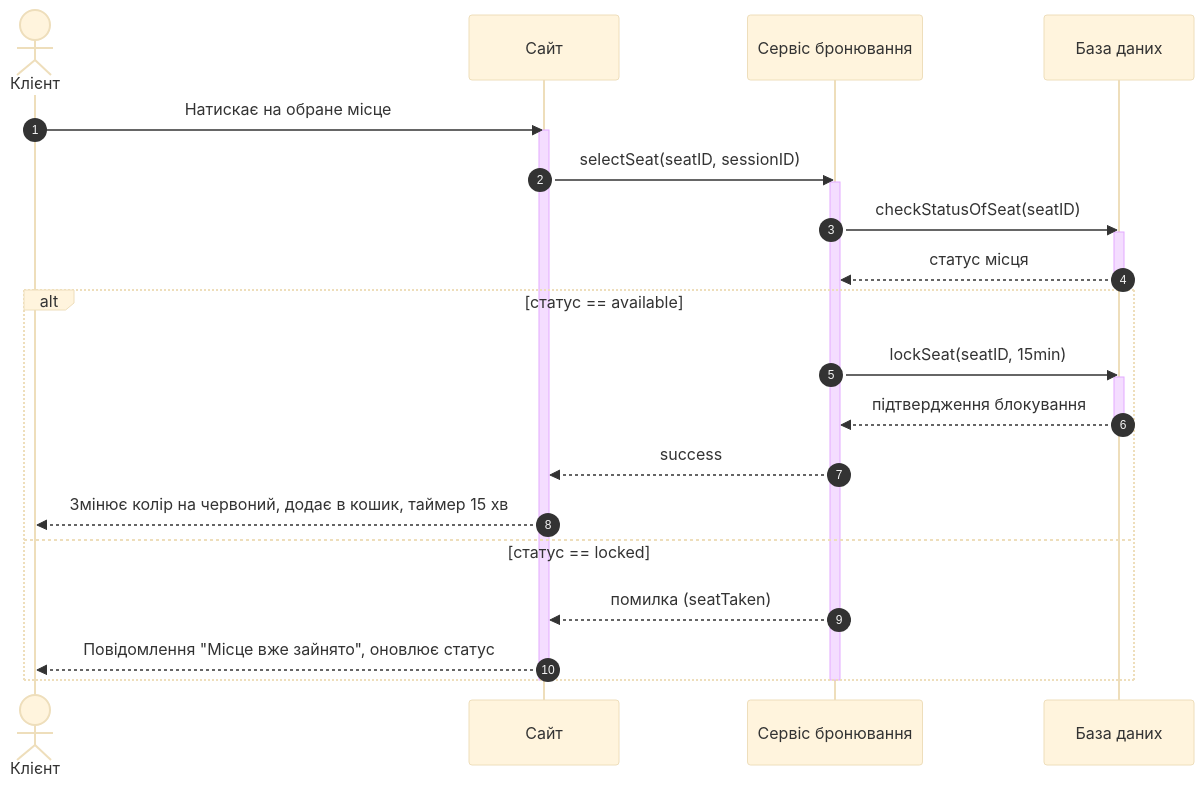
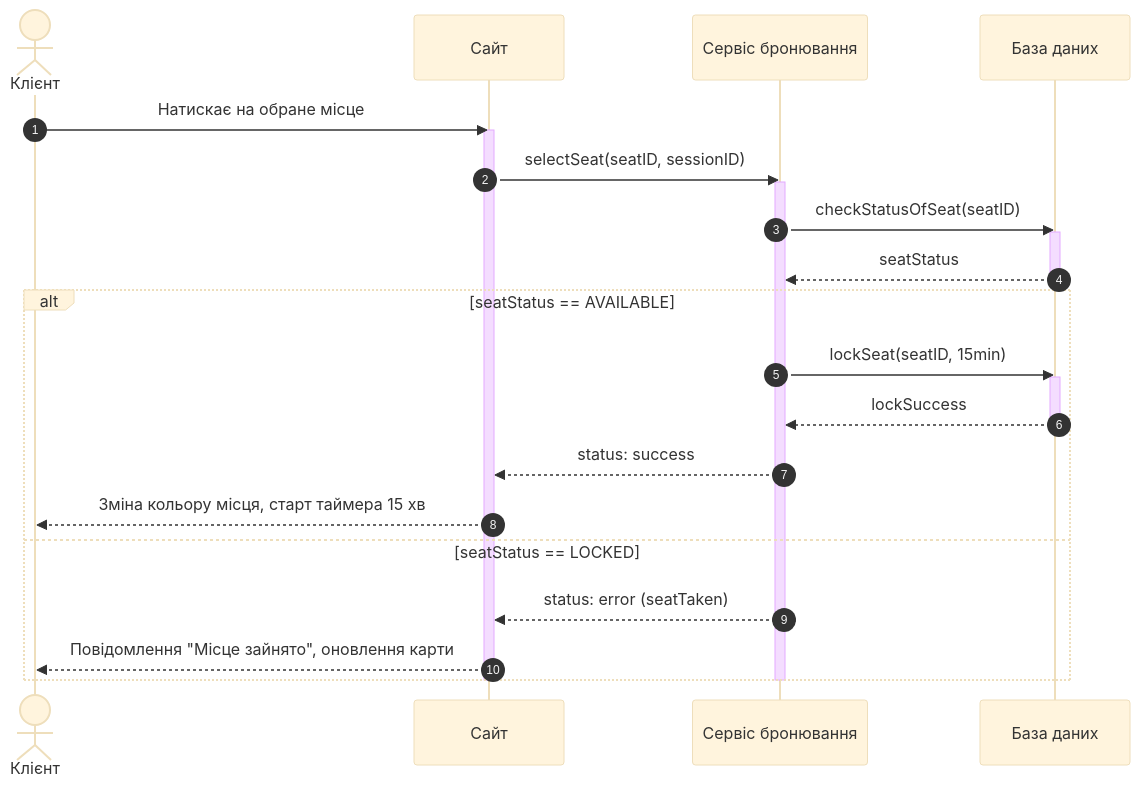
Before and after one commit to Cheburek534/KPI2_labs: the diagram in Lab3/ALTdiagram.mmd, drawn with Mermaid (base theme). The commit also changed other lines of this file, not shown here.

Commit message:
Updated ALT(AI)

```diff
--- a/Lab3/ALTdiagram.mmd
+++ b/Lab3/ALTdiagram.mmd
@@ -1,33 +1,36 @@
 sequenceDiagram
     autonumber
     actor Client as Клієнт
     participant Site as Сайт
     participant Booking as Сервіс бронювання
     participant DB as База даних
 
+    %% Базовий потік до розгалуження
     Client->>Site: Натискає на обране місце
     activate Site
     
     Site->>Booking: selectSeat(seatID, sessionID)
     activate Booking
     
     Booking->>DB: checkStatusOfSeat(seatID)
     activate DB
-    DB-->>Booking: статус місця
+    DB-->>Booking: seatStatus
     deactivate DB
 
-    alt статус == available
+    %% Локальний умовний блок: обробка результату
+    alt seatStatus == AVAILABLE
         Booking->>DB: lockSeat(seatID, 15min)
         activate DB
-        DB-->>Booking: підтвердження блокування
+        DB-->>Booking: lockSuccess
         deactivate DB
         
-        Booking-->>Site: success
-        Site-->>Client: Змінює колір на червоний, додає в кошик, таймер 15 хв
-    else статус == locked
-        Booking-->>Site: помилка (seatTaken)
-        Site-->>Client: Повідомлення "Місце вже зайнято", оновлює статус
+        Booking-->>Site: status: success
+        Site-->>Client: Зміна кольору місця, старт таймера 15 хв
+    else seatStatus == LOCKED
+        Booking-->>Site: status: error (seatTaken)
+        Site-->>Client: Повідомлення "Місце зайнято", оновлення карти
     end
     
+    %% Завершення базового потоку
     deactivate Booking
     deactivate Site
```
